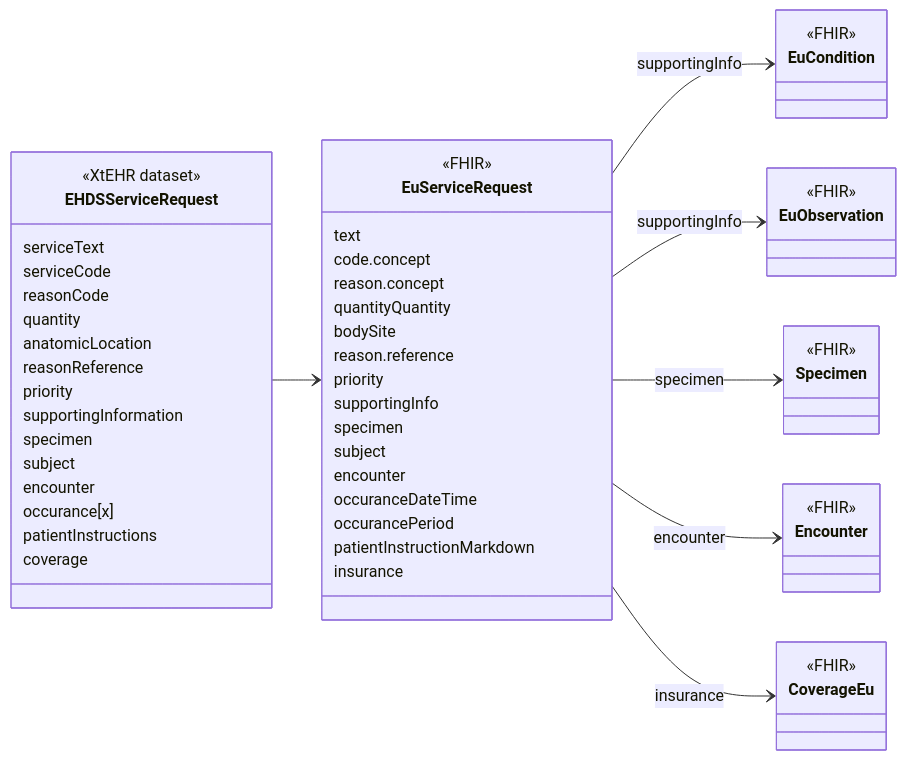
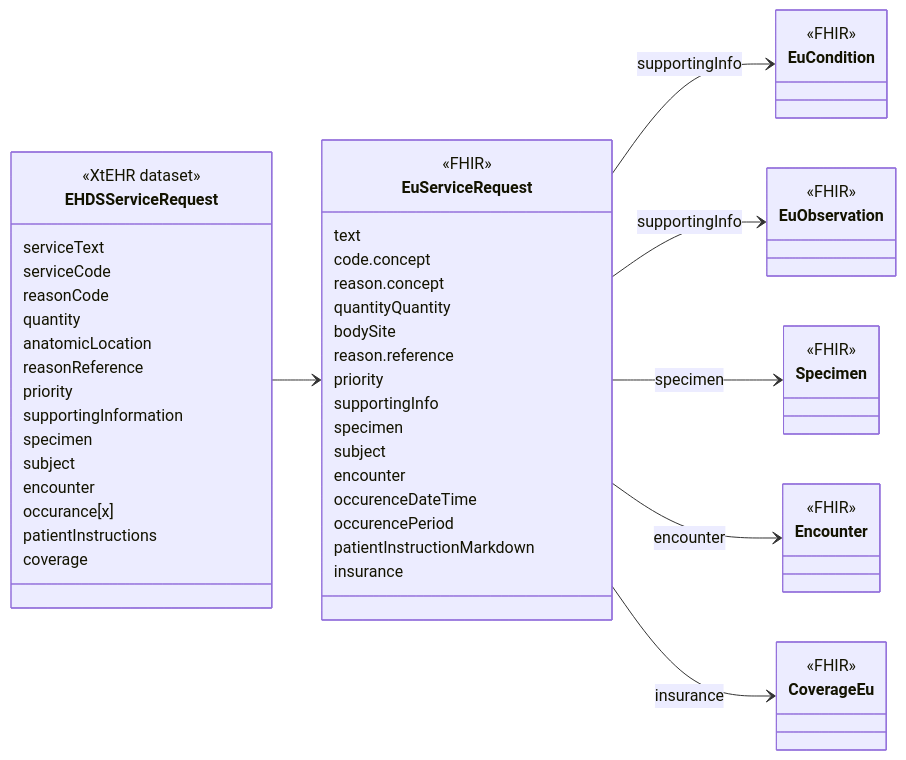
The diagram in input/intro-notes/ConceptMap-EHDSServiceRequestMap-intro.md (oijauregui/ehdsimaging), drawn with Mermaid before and after one commit. The commit also changed 29 other files, not shown here.

````diff
--- a/input/intro-notes/ConceptMap-EHDSServiceRequestMap-intro.md
+++ b/input/intro-notes/ConceptMap-EHDSServiceRequestMap-intro.md
@@ -5,62 +5,62 @@
 ```mermaid
 classDiagram
 direction LR
 class EHDSServiceRequest {
   <<XtEHR dataset>>
   serviceText
   serviceCode
   reasonCode
   quantity
   anatomicLocation
   reasonReference
   priority
   supportingInformation
   specimen
   subject
   encounter
   occurance[x]
   patientInstructions
   coverage
 }
 link EHDSServiceRequest "https://build.fhir.org/ig/Xt-EHR/xt-ehr-common/StructureDefinition-EHDSServiceRequest.html"
 class EuServiceRequest{
   <<FHIR>>
   text
   code.concept
   reason.concept
   quantityQuantity
   bodySite
   reason.reference
   priority
   supportingInfo
   specimen
   subject
   encounter
-  occuranceDateTime
-  occurancePeriod
+  occurenceDateTime
+  occurencePeriod
   patientInstructionMarkdown
   insurance
 }
 
 class EuCondition {
   <<FHIR>>
 }
 class  EuObservation {
   <<FHIR>>
 }
 class Specimen {
   <<FHIR>>
 }
 class Encounter {
   <<FHIR>>
 }
 class CoverageEu {
   <<FHIR>>
 }
 EHDSServiceRequest --> EuServiceRequest
 EuServiceRequest --> EuCondition : supportingInfo
 EuServiceRequest -->  EuObservation : supportingInfo
 EuServiceRequest --> Specimen : specimen
 EuServiceRequest --> Encounter : encounter
 EuServiceRequest --> CoverageEu : insurance
 ```
````
